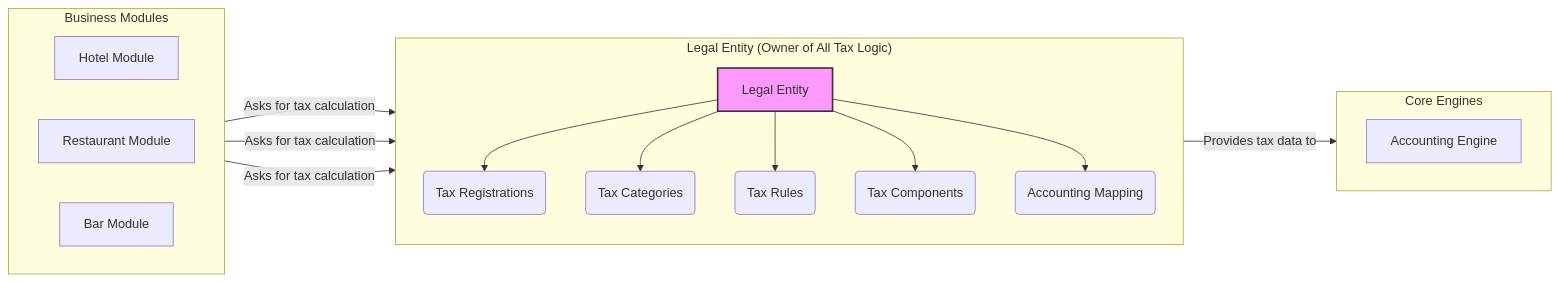
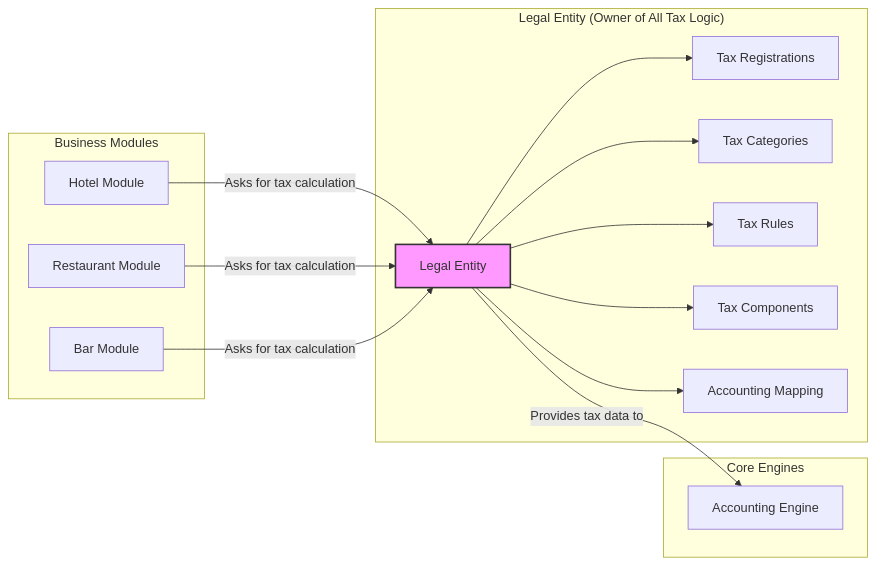
Before and after one commit to sharpnr-inc/sharpnr-engine: the second of 3 diagrams in core/org_legal_entity/docs/README.md, drawn with Mermaid. The commit also changed other lines of this file, not shown here.

Commit message:
fix the mermaid syntax mistake

````diff
--- a/core/org_legal_entity/docs/README.md
+++ b/core/org_legal_entity/docs/README.md
@@ -73,30 +75,37 @@
 ```mermaid
 graph LR
-    subgraph "Business Modules"
-        direction LR
+    subgraph BM["Business Modules"]
         HotelModule[Hotel Module]
         RestaurantModule[Restaurant Module]
         BarModule[Bar Module]
     end
 
-    subgraph "Core Engines"
-        direction LR
+    subgraph CE["Core Engines"]
         AccountingEngine[Accounting Engine]
     end
 
-    subgraph "Legal Entity (Owner of All Tax Logic)"
-        direction TD
-        LE[Legal Entity] --> TR(Tax Registrations)
-        LE --> TC(Tax Categories)
-        LE --> Rules(Tax Rules)
-        LE --> Comp(Tax Components)
-        LE --> AcctMap(Accounting Mapping)
+    subgraph LE_BLOCK["Legal Entity (Owner of All Tax Logic)"]
+        LE[Legal Entity]
+        TR[Tax Registrations]
+        TC[Tax Categories]
+        Rules[Tax Rules]
+        Comp[Tax Components]
+        AcctMap[Accounting Mapping]
+
+        LE --> TR
+        LE --> TC
+        LE --> Rules
+        LE --> Comp
+        LE --> AcctMap
     end
 
-    HotelModule -- "Asks for tax calculation" --> LE
-    RestaurantModule -- "Asks for tax calculation" --> LE
-    BarModule -- "Asks for tax calculation" --> LE
-    LE -- "Provides tax data to" --> AccountingEngine
+    HotelModule -->|Asks for tax calculation| LE
+    RestaurantModule -->|Asks for tax calculation| LE
+    BarModule -->|Asks for tax calculation| LE
+
+    LE -->|Provides tax data to| AccountingEngine
 
     style LE fill:#f9f,stroke:#333,stroke-width:2px
+
+
 ```
````
